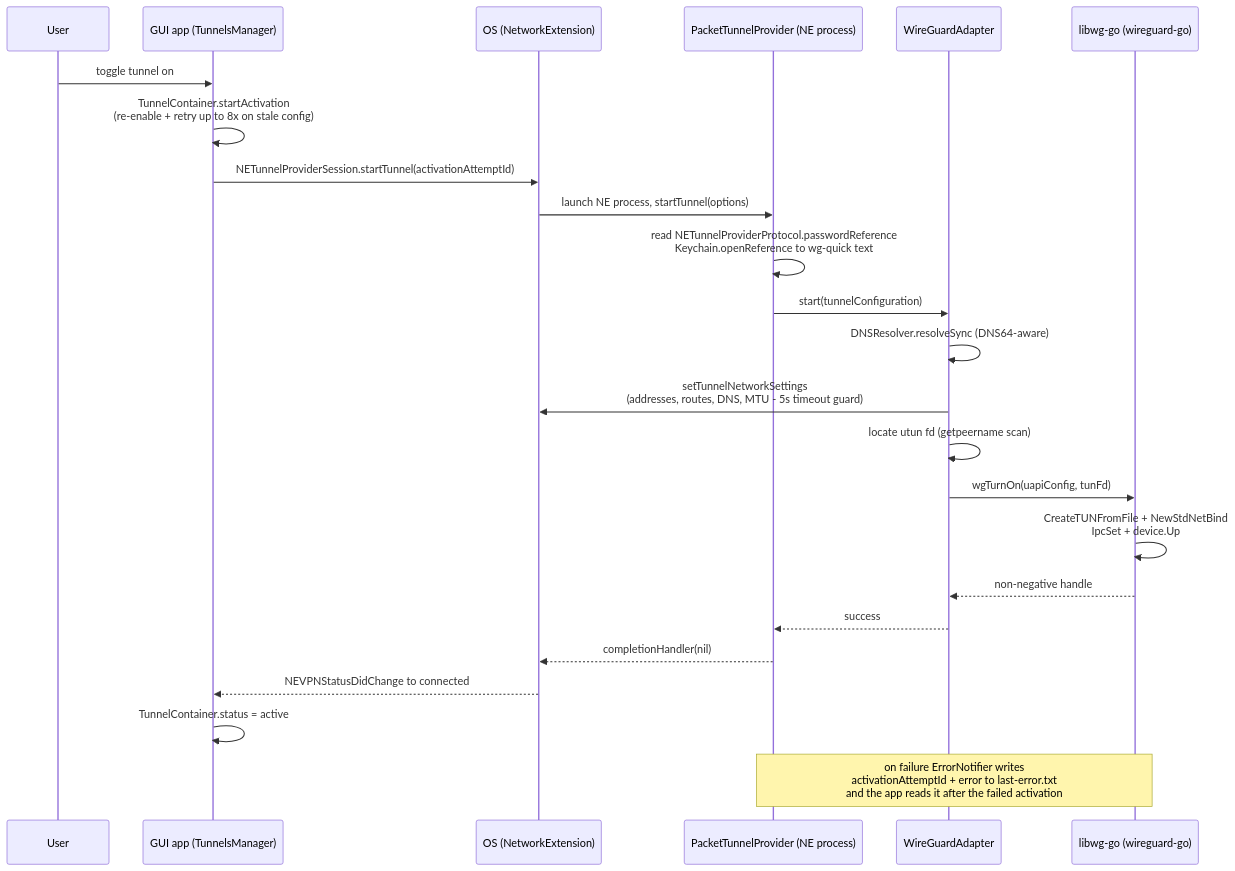
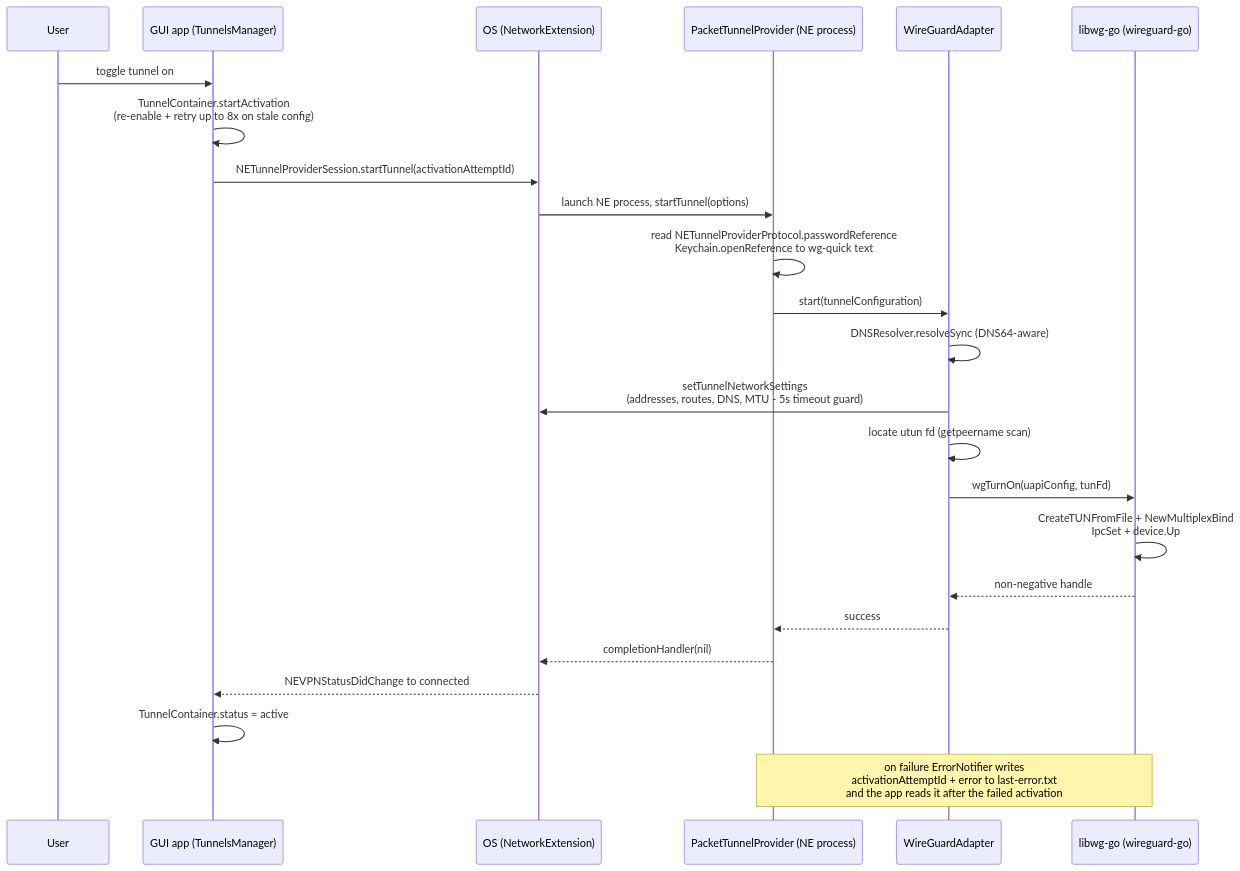
The second of 5 diagrams in docs/ARCHITECTURE.md (danielealbano/wireguard-apple), drawn with Mermaid before and after one commit. The commit also changed other lines of this file and 3 other files, not shown here.

````diff
--- a/docs/ARCHITECTURE.md
+++ b/docs/ARCHITECTURE.md
@@ -60,28 +60,28 @@
 ```mermaid
 sequenceDiagram
     participant User
     participant App as GUI app (TunnelsManager)
     participant OS as OS (NetworkExtension)
     participant PTP as PacketTunnelProvider (NE process)
     participant WGA as WireGuardAdapter
     participant Go as libwg-go (wireguard-go)
 
     User->>App: toggle tunnel on
     App->>App: TunnelContainer.startActivation<br/>(re-enable + retry up to 8x on stale config)
     App->>OS: NETunnelProviderSession.startTunnel(activationAttemptId)
     OS->>PTP: launch NE process, startTunnel(options)
     PTP->>PTP: read NETunnelProviderProtocol.passwordReference<br/>Keychain.openReference to wg-quick text
     PTP->>WGA: start(tunnelConfiguration)
     WGA->>WGA: DNSResolver.resolveSync (DNS64-aware)
     WGA->>OS: setTunnelNetworkSettings<br/>(addresses, routes, DNS, MTU - 5s timeout guard)
     WGA->>WGA: locate utun fd (getpeername scan)
     WGA->>Go: wgTurnOn(uapiConfig, tunFd)
-    Go->>Go: CreateTUNFromFile + NewStdNetBind<br/>IpcSet + device.Up
+    Go->>Go: CreateTUNFromFile + NewMultiplexBind<br/>IpcSet + device.Up
     Go-->>WGA: non-negative handle
     WGA-->>PTP: success
     PTP-->>OS: completionHandler(nil)
     OS-->>App: NEVPNStatusDidChange to connected
     App->>App: TunnelContainer.status = active
 
     Note over PTP,Go: on failure ErrorNotifier writes<br/>activationAttemptId + error to last-error.txt<br/>and the app reads it after the failed activation
 ```
````
